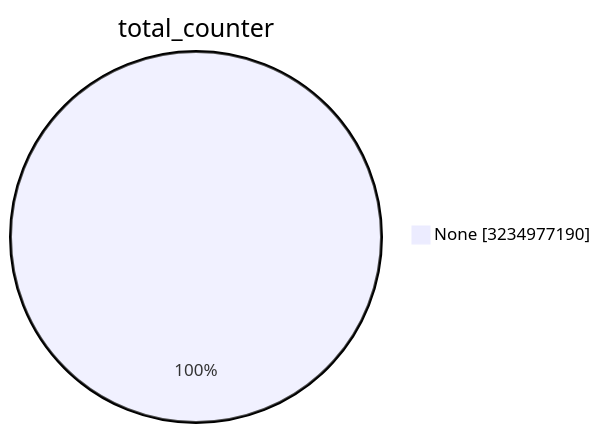
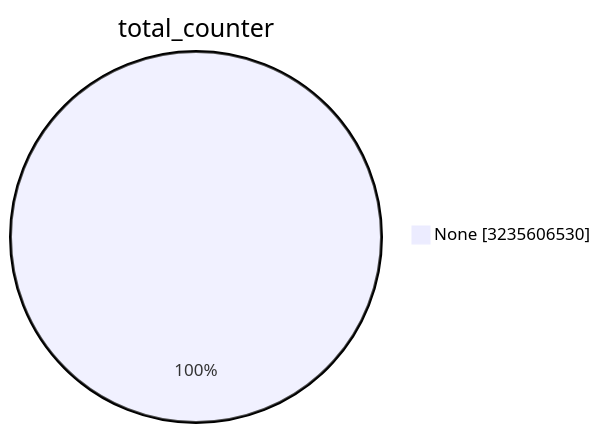
Before and after one commit to christiankrug/ctmonitor_visualization: the first of 15 diagrams in TOTAL/README.md, drawn with Mermaid. The commit also changed other lines of this file, not shown here.

````diff
--- a/TOTAL/README.md
+++ b/TOTAL/README.md
@@ -1,5 +1,5 @@
 ```mermaid
 pie showData
 title total_counter
-"None" :3234977190
+"None" :3235606530
 ```
````
